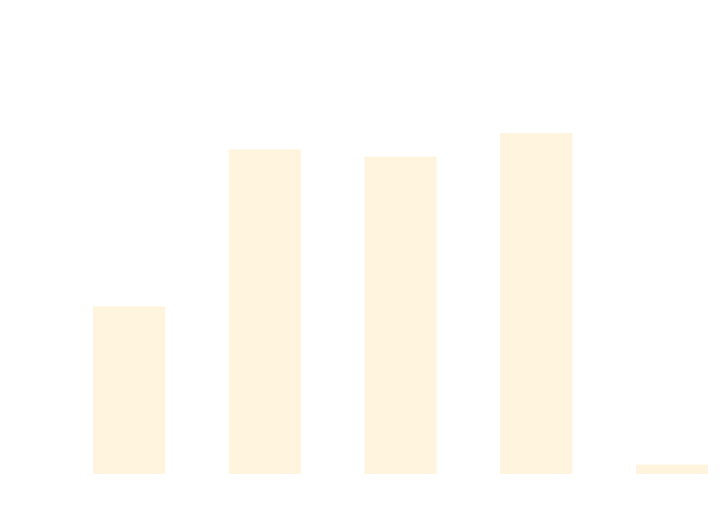
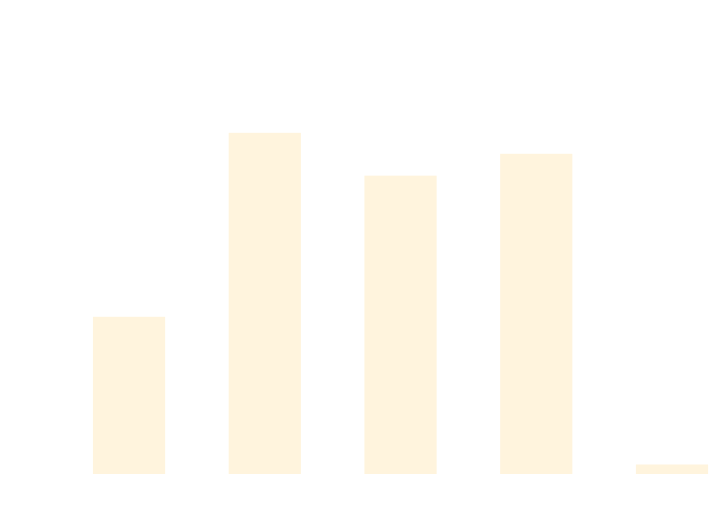
One commit to thomhurst/TUnit changed the diagram in docs/docs/benchmarks/SetupTeardownTests.md. Above: the diagram before and after it, drawn with Mermaid. The commit also changed other lines of this file and 17 other files, not shown here.

````diff
--- a/docs/docs/benchmarks/SetupTeardownTests.md
+++ b/docs/docs/benchmarks/SetupTeardownTests.md
@@ -27,37 +27,37 @@
 ```mermaid
 %%{init: {
   'theme':'base',
   'themeVariables': {
     'primaryColor': '#2563eb',
     'primaryTextColor': '#ffffff',
     'primaryBorderColor': '#1e40af',
     'lineColor': '#6b7280',
     'secondaryColor': '#7c3aed',
     'tertiaryColor': '#dc2626',
     'background': '#ffffff',
     'mainBkg': '#2563eb',
     'secondBkg': '#7c3aed',
     'tertiaryBkg': '#dc2626',
     'clusterBkg': '#f3f4f6',
     'edgeLabelBackground': '#ffffff',
     'tertiaryTextColor': '#1f2937',
     'pie1': '#2563eb',
     'pie2': '#7c3aed',
     'pie3': '#dc2626',
     'pie4': '#f59e0b',
     'pie5': '#10b981',
     'pie6': '#06b6d4',
     'pie7': '#ec4899',
     'pie8': '#6366f1',
     'pie9': '#84cc16',
     'pie10': '#f97316',
     'pie11': '#14b8a6',
     'pie12': '#a855f7'
   }
 }}%%
 xychart-beta
   title "SetupTeardownTests Performance Comparison"
   x-axis ["TUnit", "NUnit", "MSTest", "xUnit3", "TUnit_AOT"]
-  y-axis "Time (ms)" 0 --> 1438
-  bar [571.1, 1138.6, 1112.2, 1197.6, 0]
+  y-axis "Time (ms)" 0 --> 1548
+  bar [574.5, 1290, 1123.5, 1208.5, 0]
 ```
````
